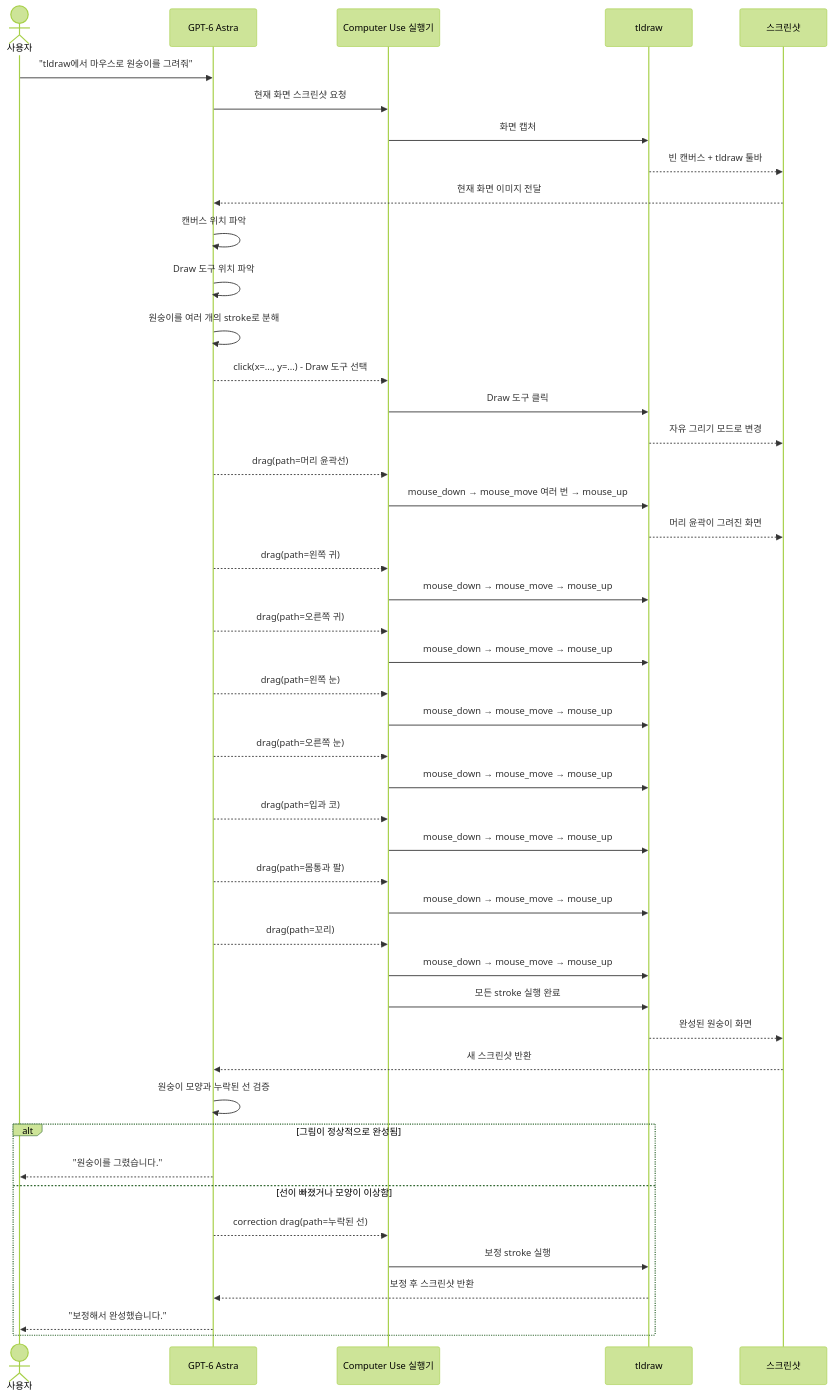
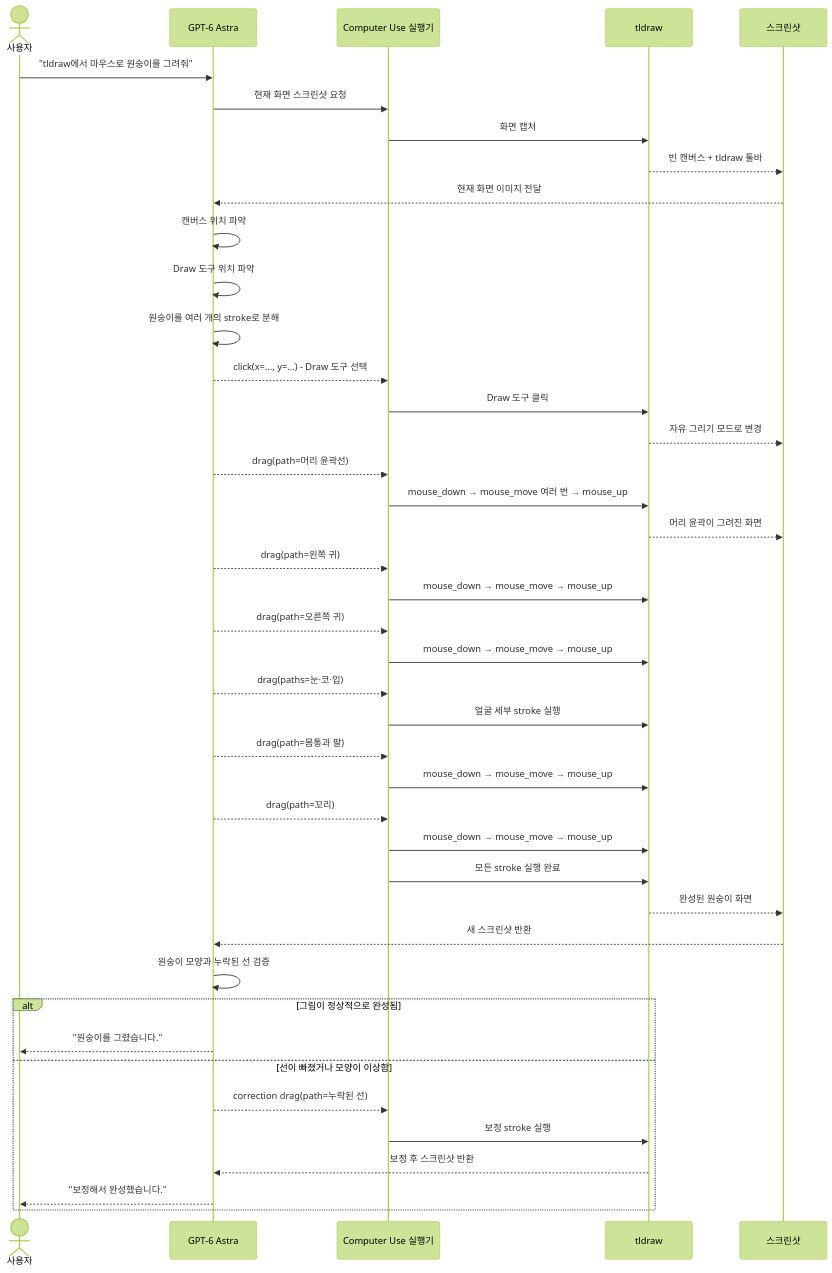
Before and after one commit to seunghyuk-DQ/new_tech: the diagram in content/2026-09-16/computer-use-sequence.mmd, drawn with Mermaid (forest theme). The commit also changed 1 other file, not shown here.

Commit message:
docs: condense facial strokes in Computer Use diagram

```diff
--- a/content/2026-09-16/computer-use-sequence.mmd
+++ b/content/2026-09-16/computer-use-sequence.mmd
@@ -1,61 +1,55 @@
 sequenceDiagram
     actor User as 사용자
     participant Model as GPT-6 Astra
     participant Exec as Computer Use 실행기
     participant Tldraw as tldraw
     participant Screen as 스크린샷
 
     User->>Model: "tldraw에서 마우스로 원숭이를 그려줘"
 
     Model->>Exec: 현재 화면 스크린샷 요청
     Exec->>Tldraw: 화면 캡처
     Tldraw-->>Screen: 빈 캔버스 + tldraw 툴바
     Screen-->>Model: 현재 화면 이미지 전달
 
     Model->>Model: 캔버스 위치 파악
     Model->>Model: Draw 도구 위치 파악
     Model->>Model: 원숭이를 여러 개의 stroke로 분해
 
     Model-->>Exec: click(x=..., y=...) - Draw 도구 선택
     Exec->>Tldraw: Draw 도구 클릭
     Tldraw-->>Screen: 자유 그리기 모드로 변경
 
     Model-->>Exec: drag(path=머리 윤곽선)
     Exec->>Tldraw: mouse_down → mouse_move 여러 번 → mouse_up
     Tldraw-->>Screen: 머리 윤곽이 그려진 화면
 
     Model-->>Exec: drag(path=왼쪽 귀)
     Exec->>Tldraw: mouse_down → mouse_move → mouse_up
 
     Model-->>Exec: drag(path=오른쪽 귀)
     Exec->>Tldraw: mouse_down → mouse_move → mouse_up
 
-    Model-->>Exec: drag(path=왼쪽 눈)
-    Exec->>Tldraw: mouse_down → mouse_move → mouse_up
-
-    Model-->>Exec: drag(path=오른쪽 눈)
-    Exec->>Tldraw: mouse_down → mouse_move → mouse_up
-
-    Model-->>Exec: drag(path=입과 코)
-    Exec->>Tldraw: mouse_down → mouse_move → mouse_up
+    Model-->>Exec: drag(paths=눈·코·입)
+    Exec->>Tldraw: 얼굴 세부 stroke 실행
 
     Model-->>Exec: drag(path=몸통과 팔)
     Exec->>Tldraw: mouse_down → mouse_move → mouse_up
 
     Model-->>Exec: drag(path=꼬리)
     Exec->>Tldraw: mouse_down → mouse_move → mouse_up
 
     Exec->>Tldraw: 모든 stroke 실행 완료
     Tldraw-->>Screen: 완성된 원숭이 화면
     Screen-->>Model: 새 스크린샷 반환
 
     Model->>Model: 원숭이 모양과 누락된 선 검증
 
     alt 그림이 정상적으로 완성됨
         Model-->>User: "원숭이를 그렸습니다."
     else 선이 빠졌거나 모양이 이상함
         Model-->>Exec: correction drag(path=누락된 선)
         Exec->>Tldraw: 보정 stroke 실행
         Tldraw-->>Model: 보정 후 스크린샷 반환
         Model-->>User: "보정해서 완성했습니다."
     end
```
